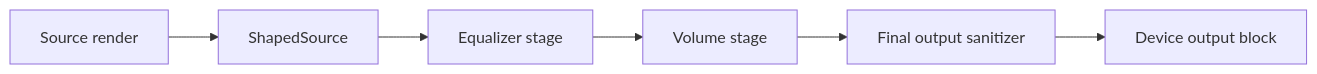
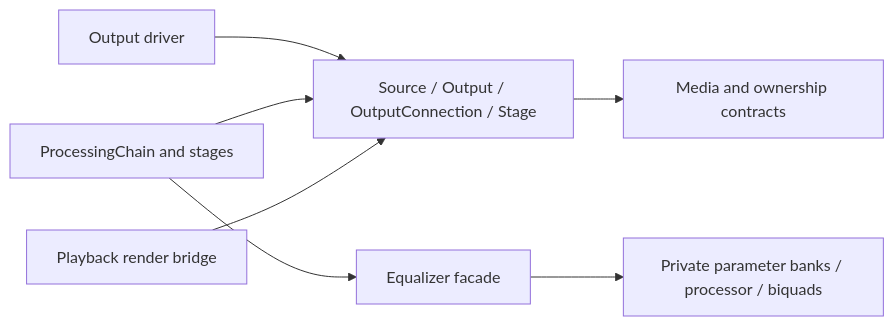
Before and after one commit to Vokerlee/wiola-player: the diagram in src/audio/README.md, drawn with Mermaid. The commit also changed other lines of this file and 54 other files, not shown here.

Commit message:
audio: co-locate contracts, processing and output backend

````diff
--- a/src/audio/README.md
+++ b/src/audio/README.md
@@ -284,8 +5,9 @@
 ```mermaid
 flowchart LR
-    Source[Source render] --> Shaped[ShapedSource]
-    Shaped --> Equalizer[Equalizer stage]
-    Equalizer --> Volume[Volume stage]
-    Volume --> Sanitizer[Final output sanitizer]
-    Sanitizer --> Device[Device output block]
+    Driver[Output driver] --> Output[Source / Output / OutputConnection / Stage]
+    Processing[ProcessingChain and stages] --> Output
+    Equalizer[Equalizer facade] --> Private[Private parameter banks / processor / biquads]
+    Processing --> Equalizer
+    Playback[Playback render bridge] --> Output
+    Output --> Media[Media and ownership contracts]
 ```
````
